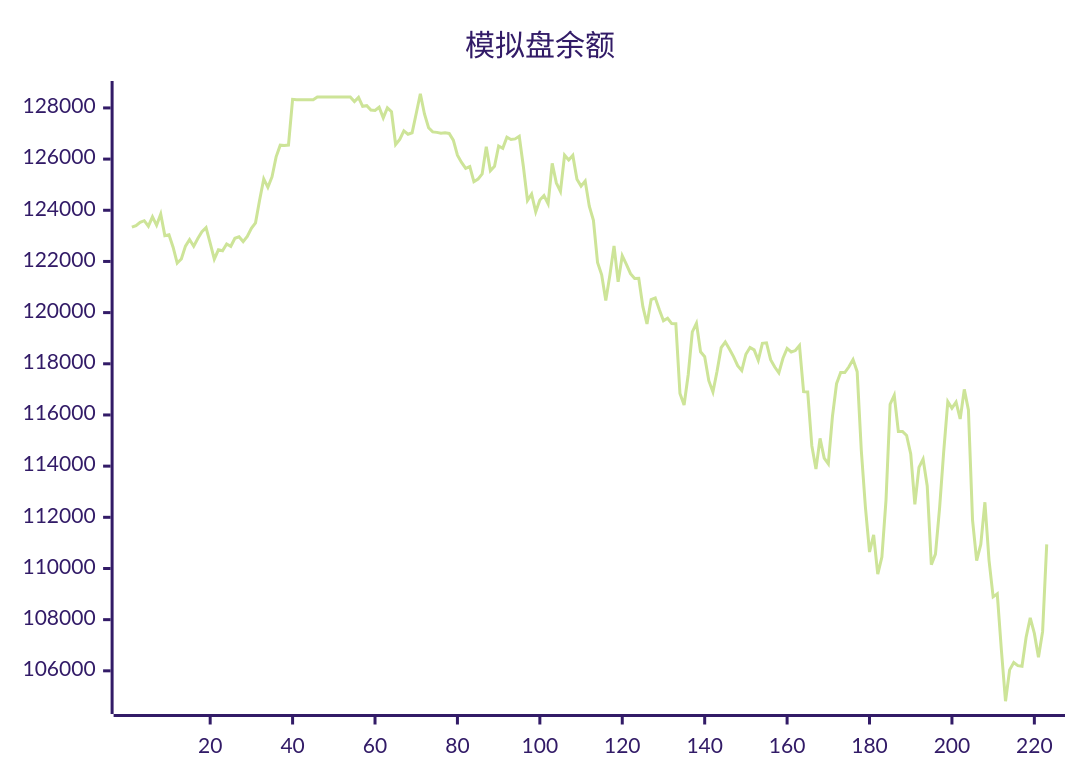
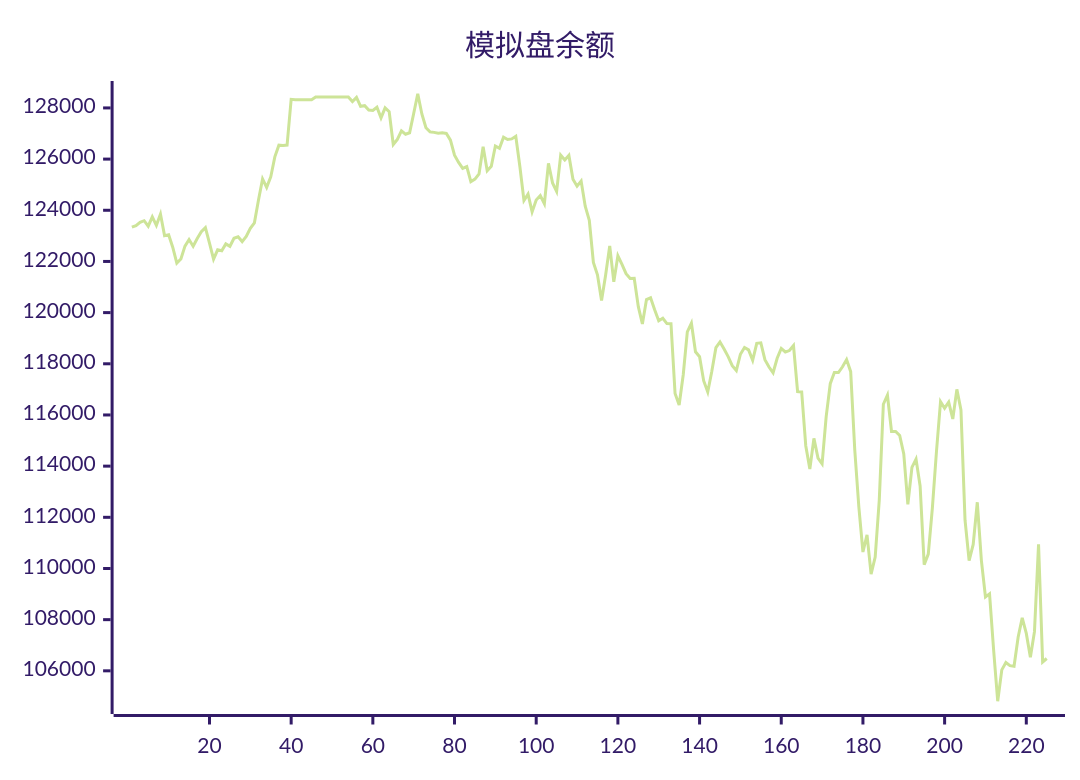
The diagram in README.md (aahl/ai-trading), drawn with Mermaid (forest theme) before and after one commit. The commit also changed other lines of this file and 1 other file, not shown here.

````diff
--- a/README.md
+++ b/README.md
@@ -5,5 +5,5 @@
 ```mermaid
 xychart
     title "模拟盘余额"
-    line [123338,123402,123530,123592,123378,123745,123413,123853,123009,123040,122557,121938,122095,122599,122856,122597,122898,123160,123319,122719,122087,122454,122416,122685,122592,122907,122961,122776,122981,123295,123507,124403,125224,124894,125303,126088,126544,126534,126549,128335,128318,128318,128318,128318,128318,128424,128424,128424,128424,128424,128424,128424,128424,128424,128247,128412,128062,128087,127917,127901,128026,127611,128000,127850,126572,126770,127100,126971,127029,127783,128554,127765,127224,127064,127044,127009,127025,127004,126738,126152,125871,125635,125707,125117,125217,125420,126480,125545,125715,126511,126424,126856,126764,126788,126890,125710,124381,124632,123936,124402,124574,124256,125833,125070,124739,126154,125966,126145,125213,124943,125143,124157,123604,121959,121476,120476,121470,122610,121201,122221,121889,121522,121332,121344,120232,119559,120513,120577,120108,119680,119777,119572,119568,116839,116392,117573,119250,119585,118469,118277,117338,116897,117706,118628,118849,118579,118280,117926,117735,118373,118639,118544,118136,118798,118819,118162,117874,117649,118215,118601,118463,118517,118713,116911,116899,114798,113887,115084,114313,114091,115934,117221,117658,117658,117883,118164,117693,114632,112403,110644,111313,109777,110444,112673,116419,116772,115355,115355,115198,114476,112510,113954,114276,113223,110151,110561,112361,114562,116522,116265,116500,115845,117000,116199,111887,110306,110942,112588,110318,108891,109011,106814,104811,106038,106327,106201,106180,107315,108068,107463,106528,107530,110941]
+    line [123338,123402,123530,123592,123378,123745,123413,123853,123009,123040,122557,121938,122095,122599,122856,122597,122898,123160,123319,122719,122087,122454,122416,122685,122592,122907,122961,122776,122981,123295,123507,124403,125224,124894,125303,126088,126544,126534,126549,128335,128318,128318,128318,128318,128318,128424,128424,128424,128424,128424,128424,128424,128424,128424,128247,128412,128062,128087,127917,127901,128026,127611,128000,127850,126572,126770,127100,126971,127029,127783,128554,127765,127224,127064,127044,127009,127025,127004,126738,126152,125871,125635,125707,125117,125217,125420,126480,125545,125715,126511,126424,126856,126764,126788,126890,125710,124381,124632,123936,124402,124574,124256,125833,125070,124739,126154,125966,126145,125213,124943,125143,124157,123604,121959,121476,120476,121470,122610,121201,122221,121889,121522,121332,121344,120232,119559,120513,120577,120108,119680,119777,119572,119568,116839,116392,117573,119250,119585,118469,118277,117338,116897,117706,118628,118849,118579,118280,117926,117735,118373,118639,118544,118136,118798,118819,118162,117874,117649,118215,118601,118463,118517,118713,116911,116899,114798,113887,115084,114313,114091,115934,117221,117658,117658,117883,118164,117693,114632,112403,110644,111313,109777,110444,112673,116419,116772,115355,115355,115198,114476,112510,113954,114276,113223,110151,110561,112361,114562,116522,116265,116500,115845,117000,116199,111887,110306,110942,112588,110318,108891,109011,106814,104811,106038,106327,106201,106180,107315,108068,107463,106528,107530,110941,106346,106482]
 ```
````
